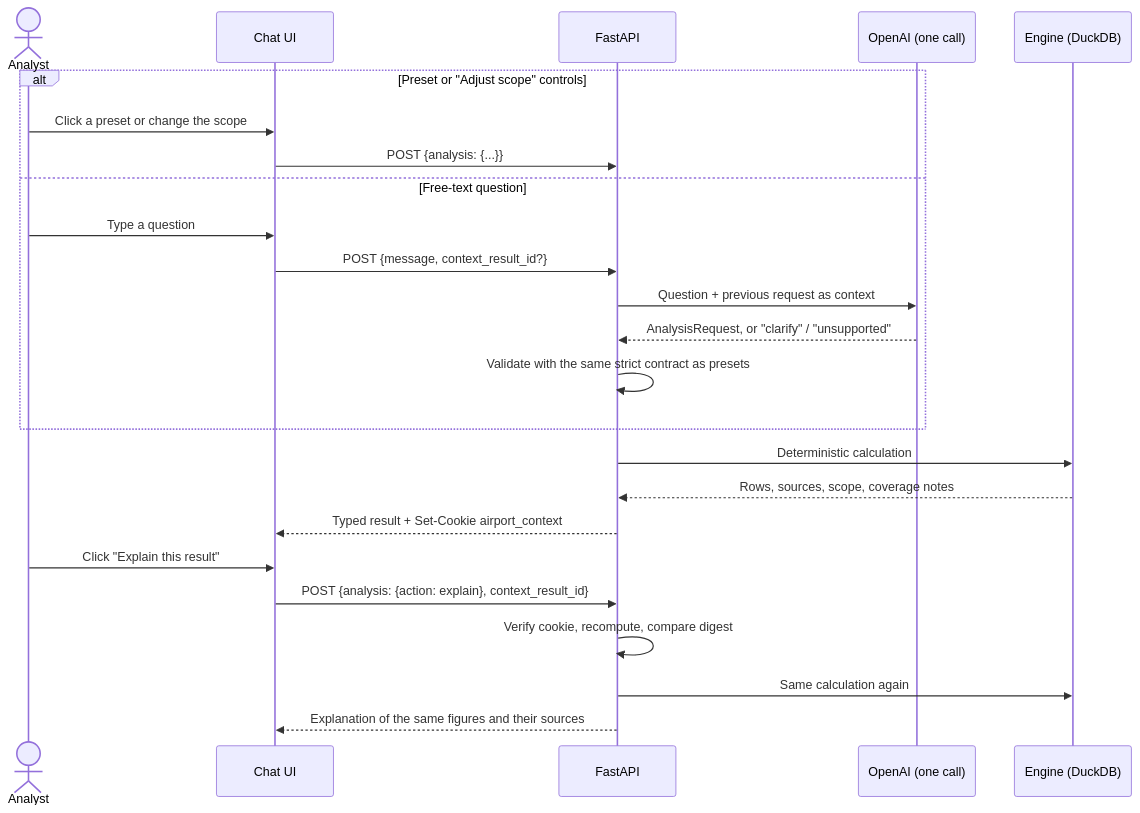
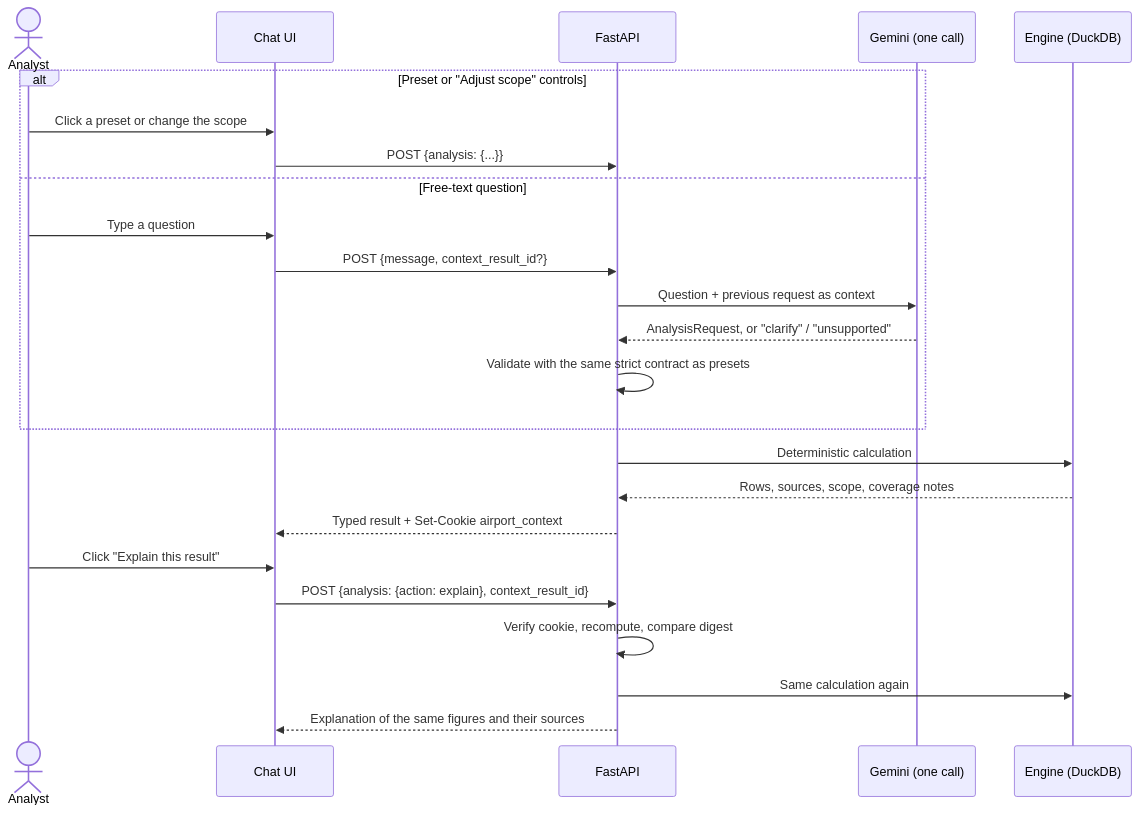
Before and after one commit to Bar-Bettash/deloitte-home-assignment: the second of 3 diagrams in README.md, drawn with Mermaid. The commit also changed other lines of this file and 13 other files, not shown here.

````diff
--- a/README.md
+++ b/README.md
@@ -73,27 +73,27 @@
 ```mermaid
 sequenceDiagram
     actor A as Analyst
     participant UI as Chat UI
     participant API as FastAPI
-    participant M as OpenAI (one call)
+    participant M as Gemini (one call)
     participant E as Engine (DuckDB)
 
     alt Preset or "Adjust scope" controls
         A->>UI: Click a preset or change the scope
         UI->>API: POST {analysis: {...}}
     else Free-text question
         A->>UI: Type a question
         UI->>API: POST {message, context_result_id?}
         API->>M: Question + previous request as context
         M-->>API: AnalysisRequest, or "clarify" / "unsupported"
         API->>API: Validate with the same strict contract as presets
     end
     API->>E: Deterministic calculation
     E-->>API: Rows, sources, scope, coverage notes
     API-->>UI: Typed result + Set-Cookie airport_context
     A->>UI: Click "Explain this result"
     UI->>API: POST {analysis: {action: explain}, context_result_id}
     API->>API: Verify cookie, recompute, compare digest
     API->>E: Same calculation again
     API-->>UI: Explanation of the same figures and their sources
 ```
````
